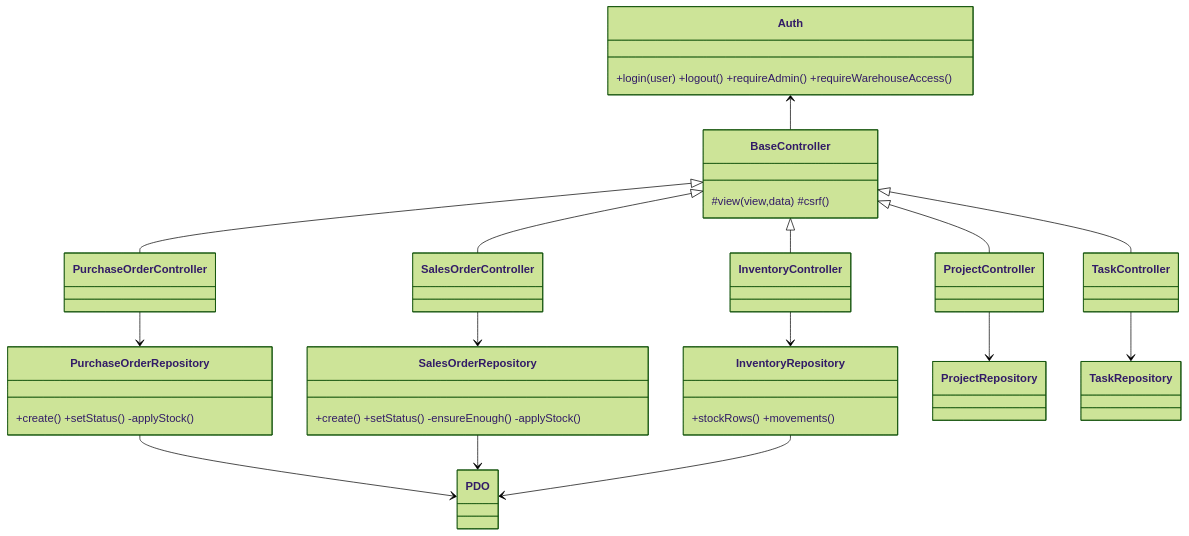
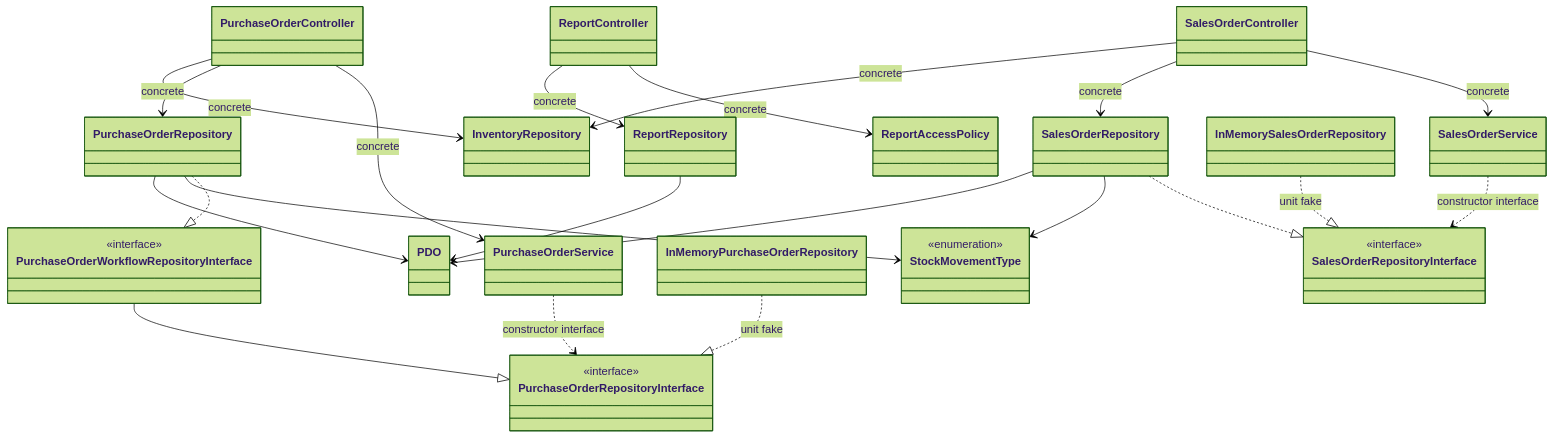
Before and after one commit to sayyidahfathimah/gudang-kita: the diagram in docs/architecture/class-diagram.md, drawn with Mermaid (forest theme). The commit also changed other lines of this file and 123 other files, not shown here.

````diff
--- a/docs/architecture/class-diagram.md
+++ b/docs/architecture/class-diagram.md
@@ -3,31 +5,41 @@
 ```mermaid
 classDiagram
-    class Auth { +login(user) +logout() +requireAdmin() +requireWarehouseAccess() }
-    class BaseController { #view(view,data) #csrf() }
+    class SalesOrderController
     class PurchaseOrderController
-    class SalesOrderController
-    class InventoryController
-    class ProjectController
-    class TaskController
-    class PurchaseOrderRepository { +create() +setStatus() -applyStock() }
-    class SalesOrderRepository { +create() +setStatus() -ensureEnough() -applyStock() }
-    class InventoryRepository { +stockRows() +movements() }
-    class ProjectRepository
-    class TaskRepository
+    class ReportController
+    class SalesOrderService
+    class PurchaseOrderService
+    class ReportAccessPolicy
+    class SalesOrderRepositoryInterface { <<interface>> }
+    class PurchaseOrderRepositoryInterface { <<interface>> }
+    class PurchaseOrderWorkflowRepositoryInterface { <<interface>> }
+    class SalesOrderRepository
+    class PurchaseOrderRepository
+    class ReportRepository
+    class InventoryRepository
+    class InMemorySalesOrderRepository
+    class InMemoryPurchaseOrderRepository
+    class StockMovementType { <<enumeration>> }
     class PDO
 
-    BaseController <|-- PurchaseOrderController
-    BaseController <|-- SalesOrderController
-    BaseController <|-- InventoryController
-    BaseController <|-- ProjectController
-    BaseController <|-- TaskController
-    PurchaseOrderController --> PurchaseOrderRepository
-    SalesOrderController --> SalesOrderRepository
-    InventoryController --> InventoryRepository
-    ProjectController --> ProjectRepository
-    TaskController --> TaskRepository
+    SalesOrderController --> SalesOrderService : concrete
+    SalesOrderController --> SalesOrderRepository : concrete
+    SalesOrderController --> InventoryRepository : concrete
+    PurchaseOrderController --> PurchaseOrderService : concrete
+    PurchaseOrderController --> PurchaseOrderRepository : concrete
+    PurchaseOrderController --> InventoryRepository : concrete
+    ReportController --> ReportAccessPolicy : concrete
+    ReportController --> ReportRepository : concrete
+    SalesOrderService ..> SalesOrderRepositoryInterface : constructor interface
+    PurchaseOrderService ..> PurchaseOrderRepositoryInterface : constructor interface
+    PurchaseOrderWorkflowRepositoryInterface --|> PurchaseOrderRepositoryInterface
+    SalesOrderRepository ..|> SalesOrderRepositoryInterface
+    PurchaseOrderRepository ..|> PurchaseOrderWorkflowRepositoryInterface
+    InMemorySalesOrderRepository ..|> SalesOrderRepositoryInterface : unit fake
+    InMemoryPurchaseOrderRepository ..|> PurchaseOrderRepositoryInterface : unit fake
+    SalesOrderRepository --> StockMovementType
+    PurchaseOrderRepository --> StockMovementType
+    SalesOrderRepository --> PDO
     PurchaseOrderRepository --> PDO
-    SalesOrderRepository --> PDO
-    InventoryRepository --> PDO
-    Auth <-- BaseController
+    ReportRepository --> PDO
 ```
````
